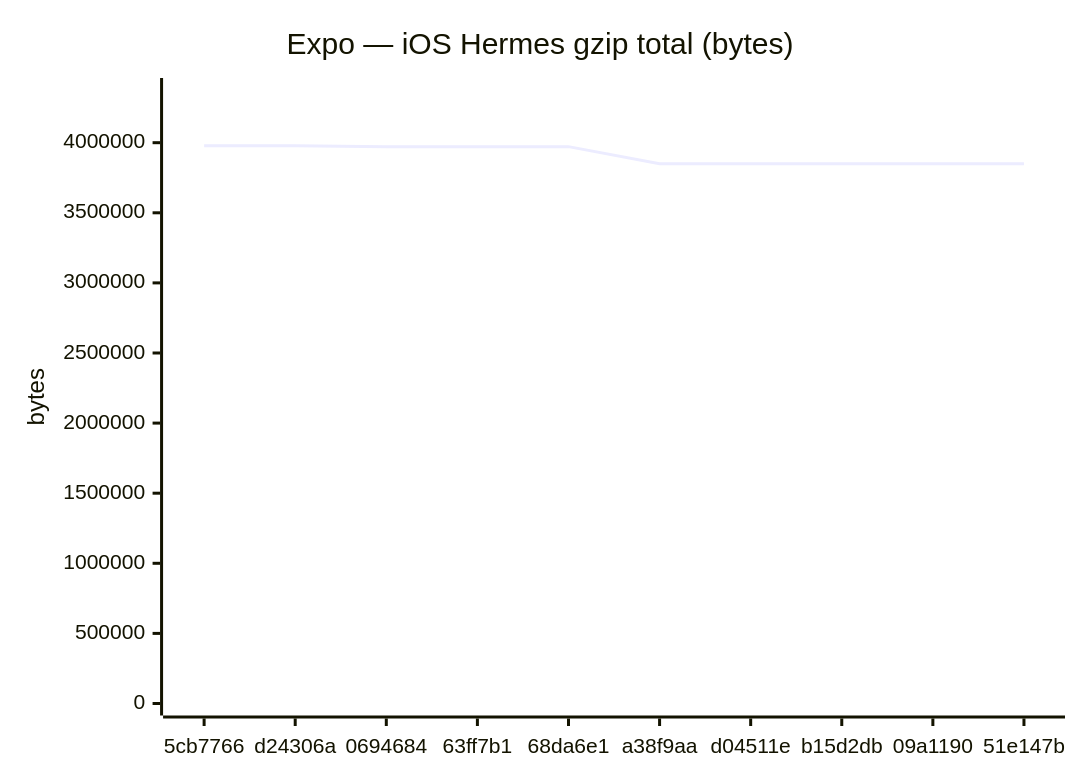
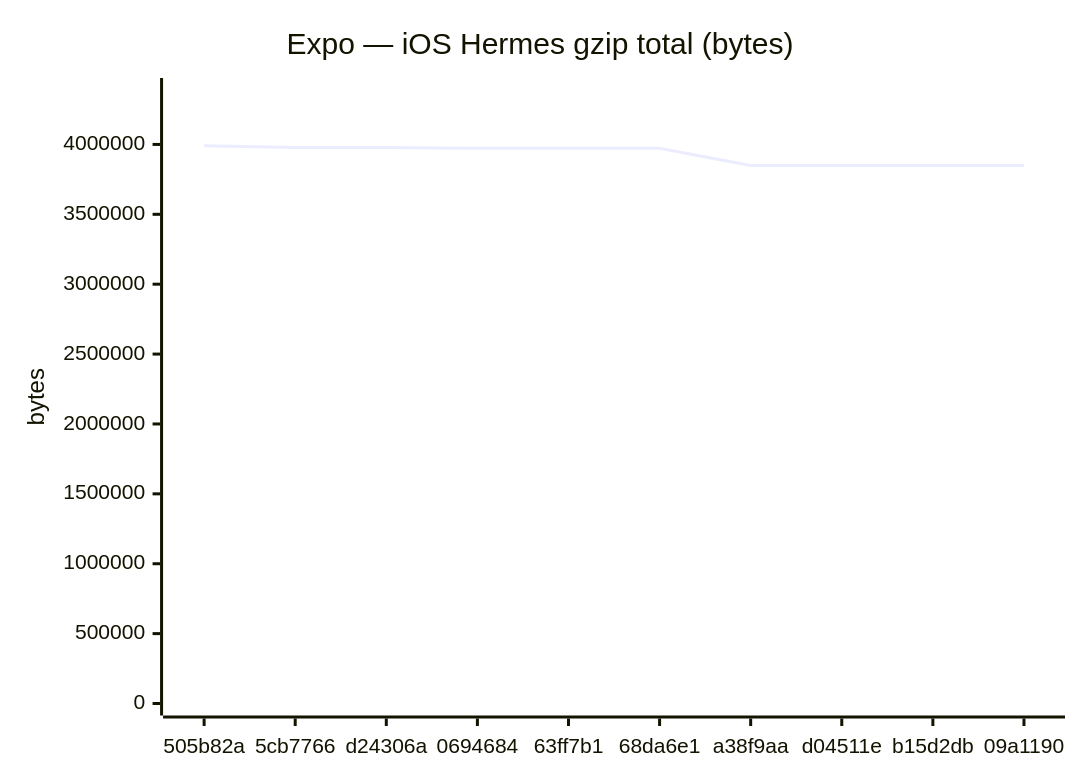
One commit to Metaheurist/Rianell changed the sixth of 18 diagrams in benchmarks/compare.md. Above: the diagram before and after it, drawn with Mermaid. The commit also changed other lines of this file and 11 other files, not shown here.

````diff
--- a/benchmarks/compare.md
+++ b/benchmarks/compare.md
@@ -96,7 +96,7 @@
 ```mermaid
 xychart-beta
     title "Expo — iOS Hermes gzip total (bytes)"
-    x-axis ["5cb7766", "d24306a", "0694684", "63ff7b1", "68da6e1", "a38f9aa", "d04511e", "b15d2db", "09a1190", "51e147b"]
-    y-axis "bytes" 0 --> 4375840
-    line [3978033, 3978036, 3971946, 3971945, 3971946, 3849365, 3849367, 3849366, 3850104, 3850105]
+    x-axis ["505b82a", "5cb7766", "d24306a", "0694684", "63ff7b1", "68da6e1", "a38f9aa", "d04511e", "b15d2db", "09a1190"]
+    y-axis "bytes" 0 --> 4389423
+    line [3990384, 3978033, 3978036, 3971946, 3971945, 3971946, 3849365, 3849367, 3849366, 3850104]
 ```
````
